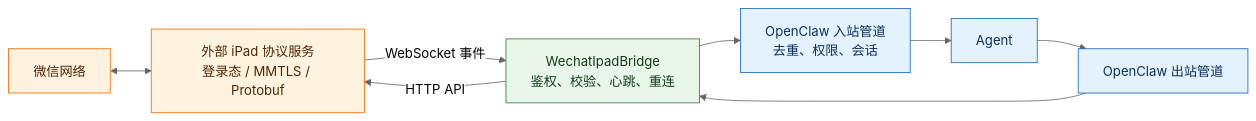
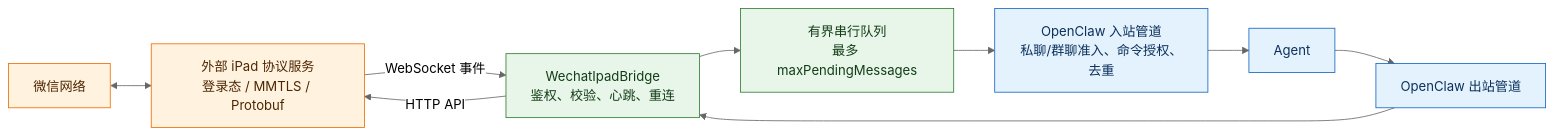
Before and after one commit to partme-ai/openclaw-plugins: the first of 4 diagrams in extensions/wechat-ipad/README.zh-CN.md, drawn with Mermaid (neutral theme). The commit also changed other lines of this file and 592 other files, not shown here.

First line of the commit message:
feat(e2e): 添加地图能力插件与微信抖音扩展功能

````diff
--- a/extensions/wechat-ipad/README.zh-CN.md
+++ b/extensions/wechat-ipad/README.zh-CN.md
@@ -11,17 +11,18 @@
 ```mermaid
 flowchart LR
     WX["微信网络"] <--> S["外部 iPad 协议服务<br/>登录态 / MMTLS / Protobuf"]
     S -->|"WebSocket 事件"| B["WechatIpadBridge<br/>鉴权、校验、心跳、重连"]
-    B --> I["OpenClaw 入站管道<br/>去重、权限、会话"]
+    B --> Q["有界串行队列<br/>最多 maxPendingMessages"]
+    Q --> I["OpenClaw 入站管道<br/>私聊/群聊准入、命令授权、去重"]
     I --> A["Agent"]
     A --> O["OpenClaw 出站管道"]
     O --> B
     B -->|"HTTP API"| S
 
     classDef external fill:#fff3e0,stroke:#ef6c00,color:#4e2600
     classDef plugin fill:#e8f5e9,stroke:#2e7d32,color:#123d17
     classDef runtime fill:#e3f2fd,stroke:#1565c0,color:#0d315c
     class WX,S external
-    class B plugin
+    class B,Q plugin
     class I,A,O runtime
 ```
````
